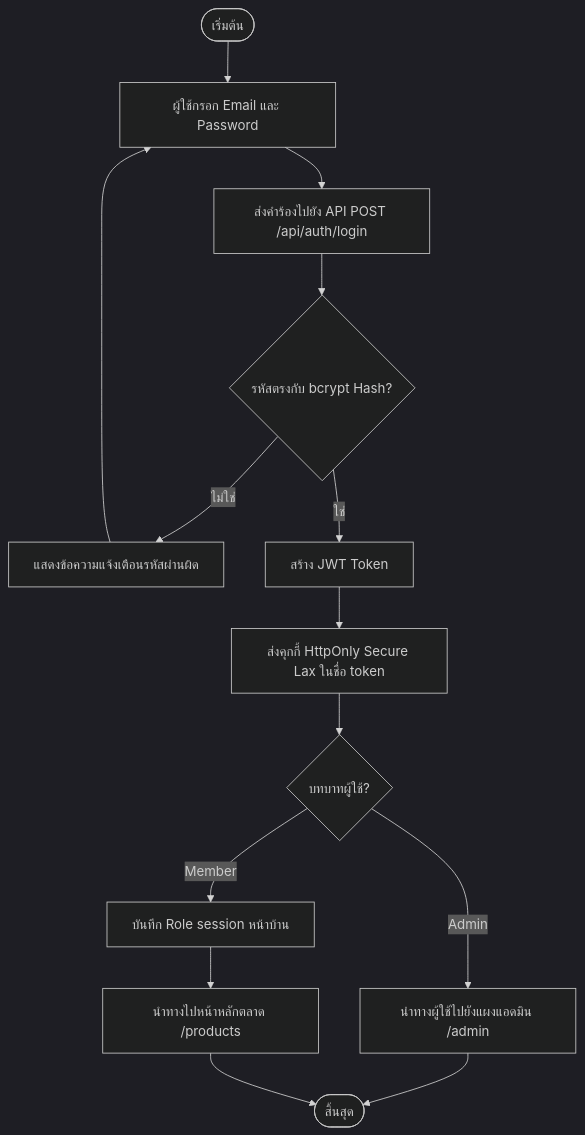
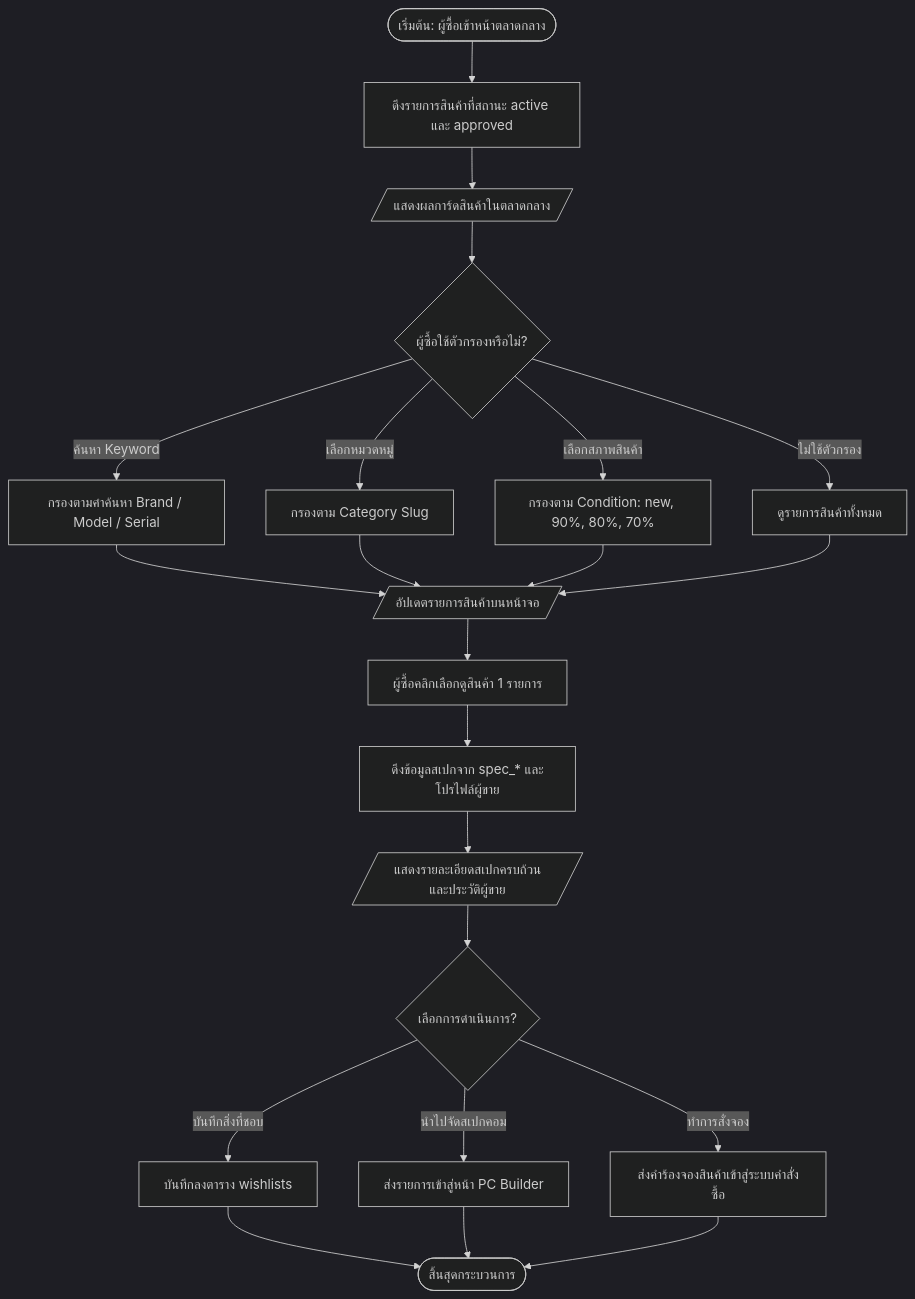
Before and after one commit to mumjean172004-jpg/pc_builder: the fifth of 11 diagrams in KnowledgeBase/07_document/Chapter3_Methodology.md, drawn with Mermaid (dark theme). The commit also changed other lines of this file and 56 other files, not shown here.

First line of the commit message:
Migrate to product-centric architecture; rebuild builder/sell-product flows; fix escrow payment and admin moderation gaps

````diff
--- a/KnowledgeBase/07_document/Chapter3_Methodology.md
+++ b/KnowledgeBase/07_document/Chapter3_Methodology.md
@@ -148,15 +521,25 @@
 ```mermaid
 flowchart TD
-    Start([เริ่มต้น]) --> Input[ผู้ใช้กรอก Email และ Password]
-    Input --> RequestAuth[ส่งคำร้องไปยัง API POST /api/auth/login]
-    RequestAuth --> VerifyHash{รหัสตรงกับ bcrypt Hash?}
-    VerifyHash -- ไม่ใช่ --> ShowError[แสดงข้อความแจ้งเตือนรหัสผ่านผิด] --> Input
-    VerifyHash -- ใช่ --> CreateJWT[สร้าง JWT Token]
-    CreateJWT --> SendCookie[ส่งคุกกี้ HttpOnly Secure Lax ในชื่อ token]
-    SendCookie --> CheckRole{บทบาทผู้ใช้?}
-    CheckRole -- Admin --> RedirectAdmin[นำทางผู้ใช้ไปยังแผงแอดมิน /admin]
-    CheckRole -- Member --> SetRoleSession[บันทึก Role session หน้าบ้าน]
-    SetRoleSession --> RedirectMember[นำทางไปหน้าหลักตลาด /products]
-    RedirectAdmin --> End([สิ้นสุด])
-    RedirectMember --> End
+    Start([เริ่มต้น: ผู้ซื้อเข้าหน้าตลาดกลาง]) --> FetchActive[ดึงรายการสินค้าที่สถานะ active และ approved]
+    FetchActive --> ShowCards[/แสดงผลการ์ดสินค้าในตลาดกลาง/]
+    ShowCards --> UserFilter{ผู้ซื้อใช้ตัวกรองหรือไม่?}
+    
+    UserFilter -- ค้นหา Keyword --> FilterKeyword[กรองตามคำค้นหา Brand / Model / Serial]
+    UserFilter -- เลือกหมวดหมู่ --> FilterCategory[กรองตาม Category Slug]
+    UserFilter -- เลือกสภาพสินค้า --> FilterCondition[กรองตาม Condition: new, 90%, 80%, 70%]
+    UserFilter -- ไม่ใช้ตัวกรอง --> BrowseAll[ดูรายการสินค้าทั้งหมด]
+    
+    FilterKeyword --> UpdateList[/อัปเดตรายการสินค้าบนหน้าจอ/]
+    FilterCategory --> UpdateList
+    FilterCondition --> UpdateList
+    BrowseAll --> UpdateList
+    
+    UpdateList --> ClickProduct[ผู้ซื้อคลิกเลือกดูสินค้า 1 รายการ]
+    ClickProduct --> FetchDetails[ดึงข้อมูลสเปกจาก spec_* และโปรไฟล์ผู้ขาย]
+    FetchDetails --> ShowModal[/แสดงรายละเอียดสเปกครบถ้วนและประวัติผู้ขาย/]
+    
+    ShowModal --> ActionSelect{เลือกการดำเนินการ?}
+    ActionSelect -- บันทึกสิ่งที่ชอบ --> AddWishlist[บันทึกลงตาราง wishlists] --> End([สิ้นสุดกระบวนการ])
+    ActionSelect -- นำไปจัดสเปกคอม --> SendToBuilder[ส่งรายการเข้าสู่หน้า PC Builder] --> End
+    ActionSelect -- ทำการสั่งจอง --> StartBooking[ส่งคำร้องจองสินค้าเข้าสู่ระบบคำสั่งซื้อ] --> End
 ```
````
